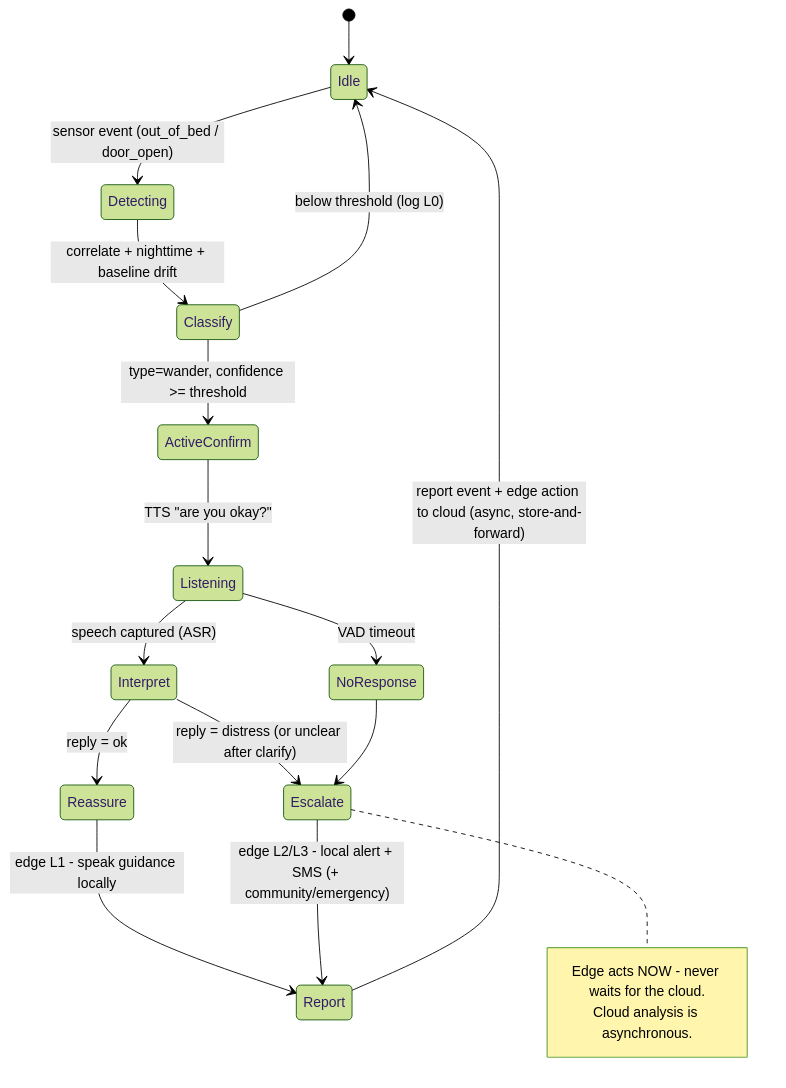
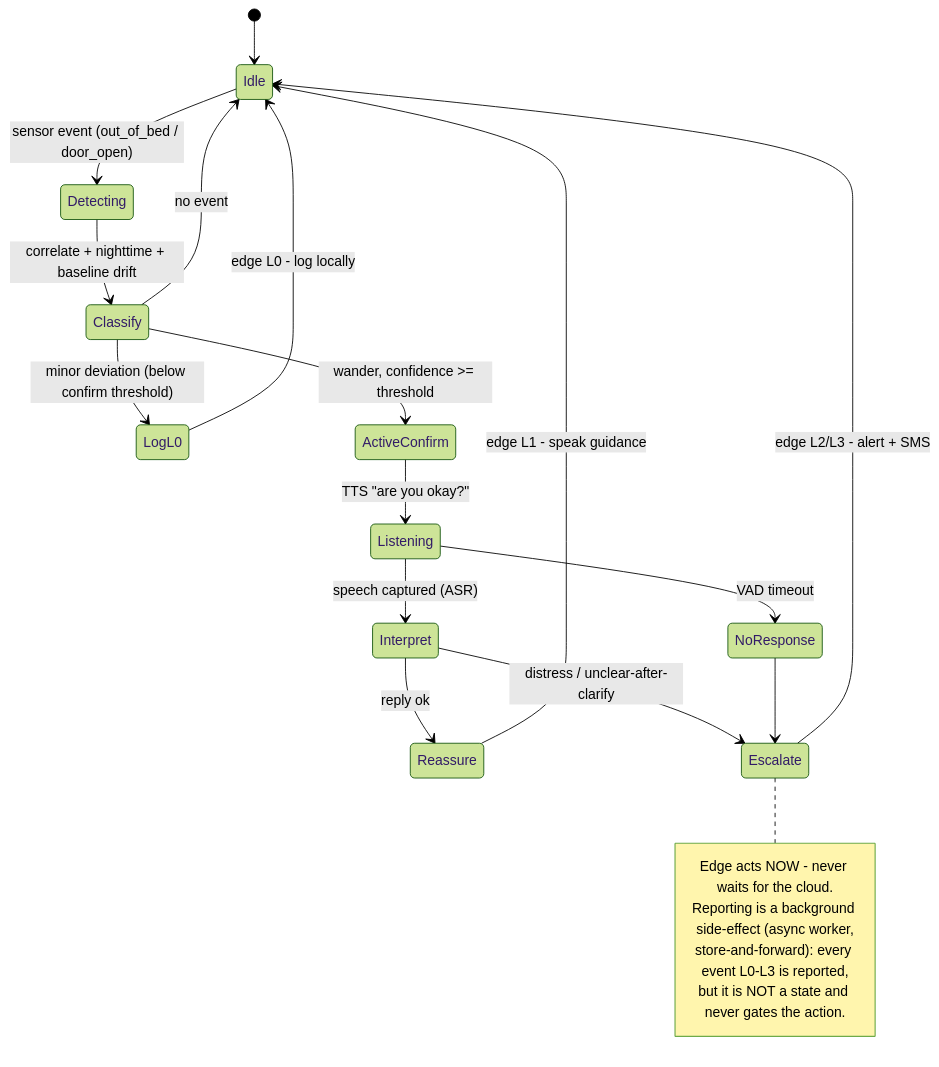
One commit to galiacheng/AiraCare changed the diagram in spec/edge-design.md. Above: the diagram before and after it, drawn with Mermaid (forest theme). The commit also changed other lines of this file and 1 other file, not shown here.

First line of the commit message:
docs(edge): FSM drops the Report state; async worker + L0 report; fix stale module map

````diff
--- a/spec/edge-design.md
+++ b/spec/edge-design.md
@@ -92,25 +95,28 @@
 ```mermaid
 stateDiagram-v2
     [*] --> Idle
     Idle --> Detecting: sensor event (out_of_bed / door_open)
     Detecting --> Classify: correlate + nighttime + baseline drift
-    Classify --> Idle: below threshold (log L0)
-    Classify --> ActiveConfirm: type=wander, confidence >= threshold
+    Classify --> Idle: no event
+    Classify --> LogL0: minor deviation (below confirm threshold)
+    Classify --> ActiveConfirm: wander, confidence >= threshold
 
     ActiveConfirm --> Listening: TTS "are you okay?"
     Listening --> Interpret: speech captured (ASR)
     Listening --> NoResponse: VAD timeout
 
-    Interpret --> Reassure: reply = ok
-    Interpret --> Escalate: reply = distress (or unclear after clarify)
+    Interpret --> Reassure: reply ok
+    Interpret --> Escalate: distress / unclear-after-clarify
     NoResponse --> Escalate
 
-    Reassure --> Report: edge L1 - speak guidance locally
-    Escalate --> Report: edge L2/L3 - local alert + SMS (+ community/emergency)
-    Report --> Idle: report event + edge action to cloud (async, store-and-forward)
+    LogL0 --> Idle: edge L0 - log locally
+    Reassure --> Idle: edge L1 - speak guidance
+    Escalate --> Idle: edge L2/L3 - alert + SMS
 
     note right of Escalate
         Edge acts NOW - never waits for the cloud.
-        Cloud analysis is asynchronous.
+        Reporting is a background side-effect (async worker,
+        store-and-forward): every event L0-L3 is reported,
+        but it is NOT a state and never gates the action.
     end note
 ```
````
